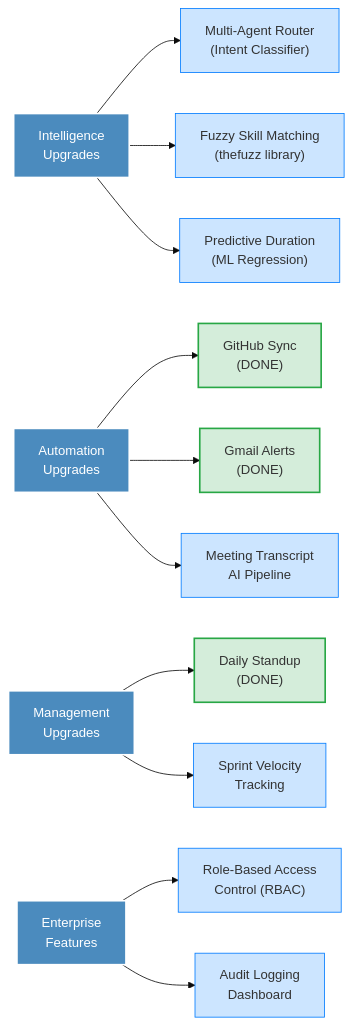
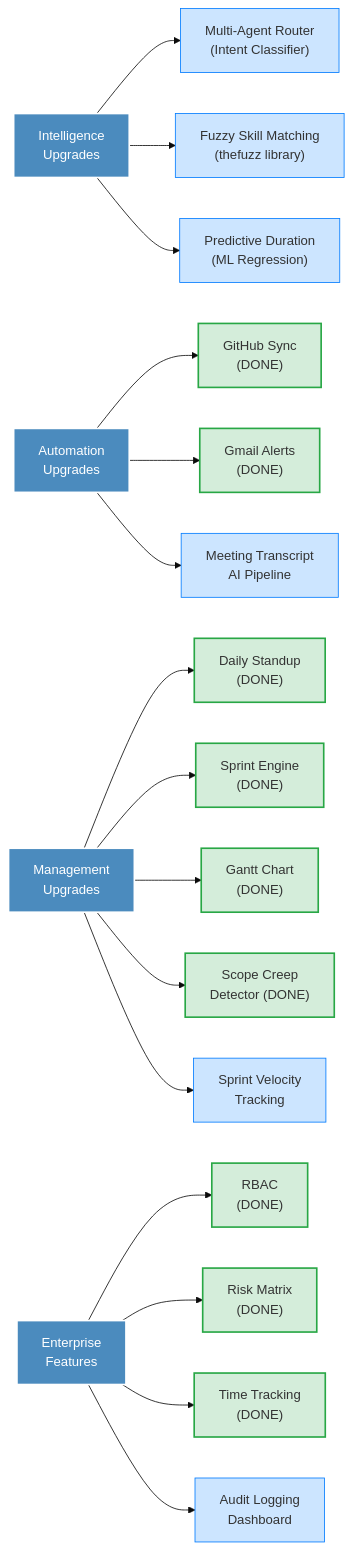
The fourth of 4 diagrams in README.md (ruthwikreddy07/AI-Agent-for-Autonomous-Project-Management), drawn with Mermaid (base theme) before and after one commit. The commit also changed other lines of this file and 1 other file, not shown here.

````diff
--- a/README.md
+++ b/README.md
@@ -649,25 +714,30 @@
 ```mermaid
 graph LR
     classDef phase fill:#4B8BBE,stroke:#fff,stroke-width:2px,color:#fff;
     classDef feature fill:#cce5ff,stroke:#007bff,stroke-width:1px,color:#333;
     classDef done fill:#d4edda,stroke:#28a745,stroke-width:2px,color:#333;
 
     P1["Intelligence\nUpgrades"]:::phase
     P2["Automation\nUpgrades"]:::phase
     P3["Management\nUpgrades"]:::phase
     P4["Enterprise\nFeatures"]:::phase
 
     P1 --> F1["Multi-Agent Router\n(Intent Classifier)"]:::feature
     P1 --> F2["Fuzzy Skill Matching\n(thefuzz library)"]:::feature
     P1 --> F3["Predictive Duration\n(ML Regression)"]:::feature
 
     P2 --> F4["GitHub Sync\n(DONE)"]:::done
     P2 --> F5["Gmail Alerts\n(DONE)"]:::done
     P2 --> F6["Meeting Transcript\nAI Pipeline"]:::feature
 
     P3 --> F7["Daily Standup\n(DONE)"]:::done
-    P3 --> F8["Sprint Velocity\nTracking"]:::feature
+    P3 --> F8["Sprint Engine\n(DONE)"]:::done
+    P3 --> F9["Gantt Chart\n(DONE)"]:::done
+    P3 --> F10["Scope Creep\nDetector (DONE)"]:::done
+    P3 --> F11["Sprint Velocity\nTracking"]:::feature
 
-    P4 --> F9["Role-Based Access\nControl (RBAC)"]:::feature
-    P4 --> F10["Audit Logging\nDashboard"]:::feature
+    P4 --> F12["RBAC\n(DONE)"]:::done
+    P4 --> F13["Risk Matrix\n(DONE)"]:::done
+    P4 --> F14["Time Tracking\n(DONE)"]:::done
+    P4 --> F15["Audit Logging\nDashboard"]:::feature
 ```
````
